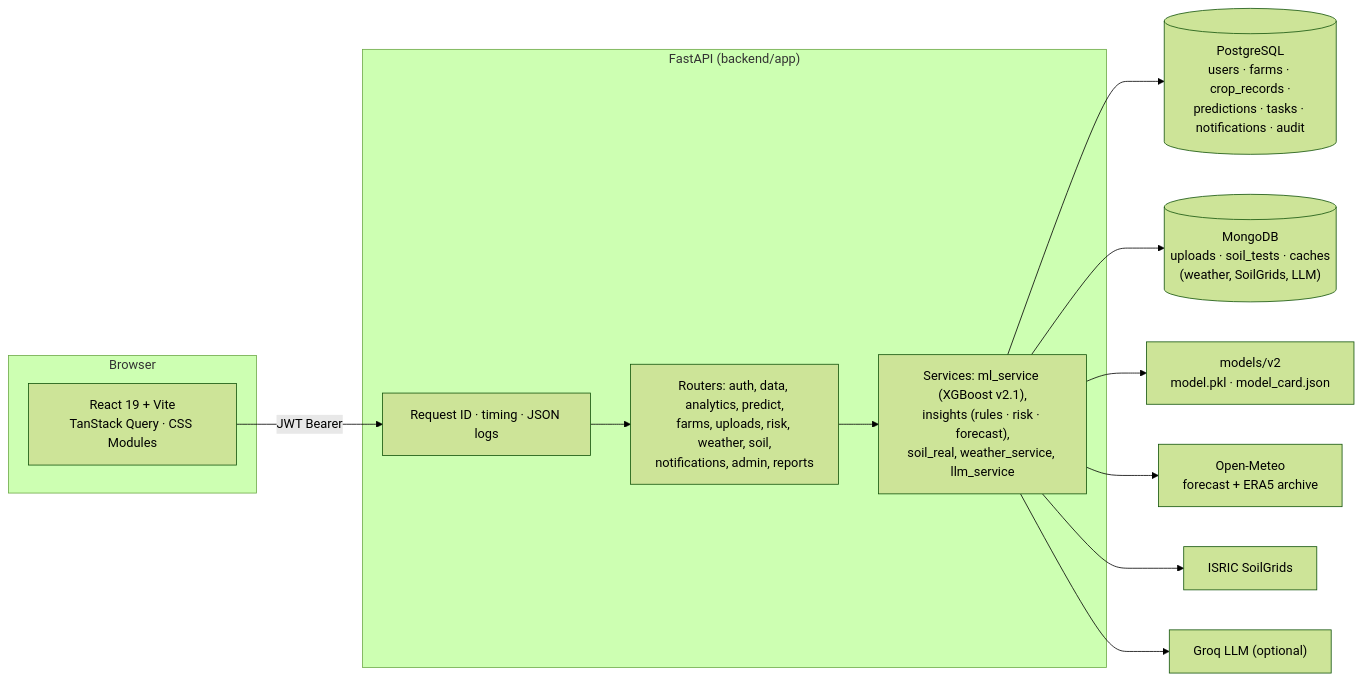
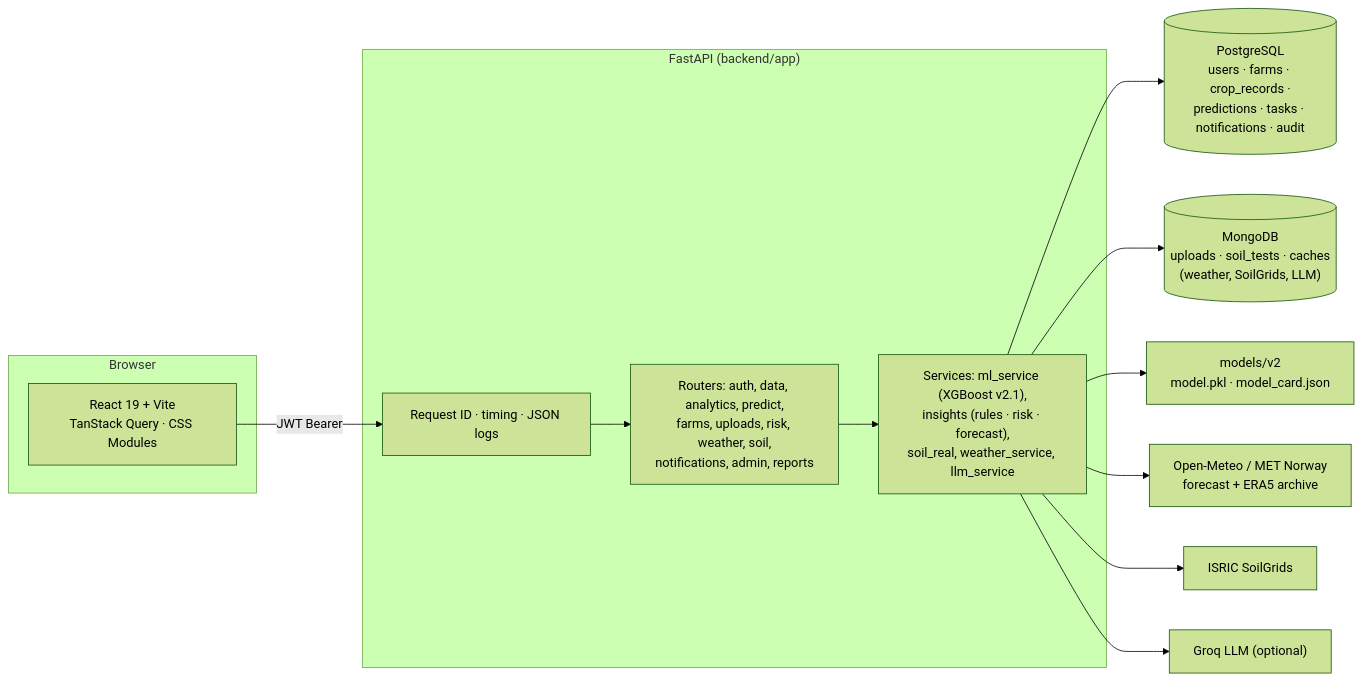
Before and after one commit to Dprasad17/YieldSense-AI: the diagram in README.md, drawn with Mermaid (forest theme). The commit also changed other lines of this file and 92 other files, not shown here.

````diff
--- a/README.md
+++ b/README.md
@@ -102,24 +113,24 @@
 ```mermaid
 flowchart LR
   subgraph Browser
     UI["React 19 + Vite<br/>TanStack Query · CSS Modules"]
   end
   subgraph API["FastAPI (backend/app)"]
     MW["Request ID · timing · JSON logs"]
     R["Routers: auth, data, analytics, predict,<br/>farms, uploads, risk, weather, soil,<br/>notifications, admin, reports"]
     S["Services: ml_service (XGBoost v2.1),<br/>insights (rules · risk · forecast),<br/>soil_real, weather_service, llm_service"]
   end
   PG[("PostgreSQL<br/>users · farms · crop_records ·<br/>predictions · tasks · notifications · audit")]
   MG[("MongoDB<br/>uploads · soil_tests · caches<br/>(weather, SoilGrids, LLM)")]
   M["models/v2<br/>model.pkl · model_card.json"]
-  OM["Open-Meteo<br/>forecast + ERA5 archive"]
+  OM["Open-Meteo / MET Norway<br/>forecast + ERA5 archive"]
   SG["ISRIC SoilGrids"]
   GQ["Groq LLM (optional)"]
   UI -- "JWT Bearer" --> MW --> R --> S
   S --> PG
   S --> MG
   S --> M
   S --> OM
   S --> SG
   S --> GQ
 ```
````
